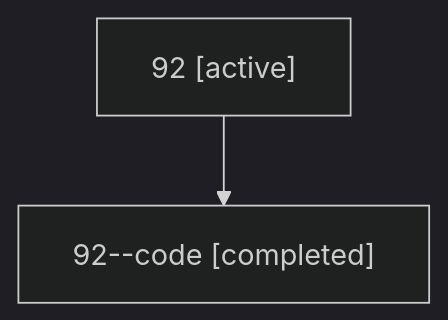
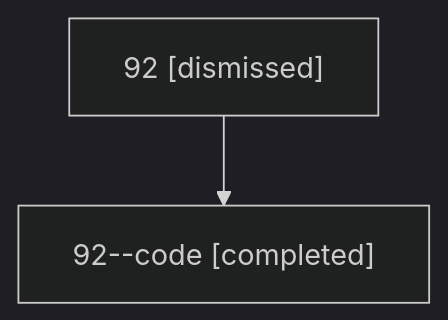
Before and after one commit to sase-org/sase--agents: the diagram in sessions/bbugyi200.athena.92.md, drawn with Mermaid (dark theme). The commit also changed other lines of this file and 26 other files, not shown here.

````diff
--- a/sessions/bbugyi200.athena.92.md
+++ b/sessions/bbugyi200.athena.92.md
@@ -9,6 +9,6 @@
 ```mermaid
 flowchart TD
-  n0["92 [active]"]
+  n0["92 [dismissed]"]
   n1["92--code [completed]"]
   n0 --> n1
 ```
````
